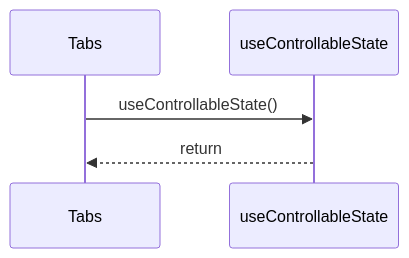
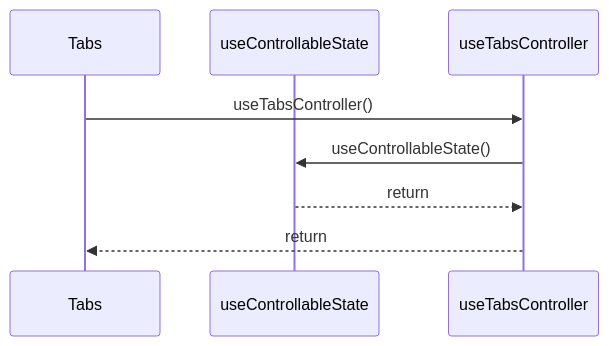
One commit to ankhorage/surface changed the diagram in paradox/diagrams/sequences/tabs.mmd. Above: the diagram before and after it, drawn with Mermaid. The commit also changed 48 other files, not shown here.

```diff
--- a/paradox/diagrams/sequences/tabs.mmd
+++ b/paradox/diagrams/sequences/tabs.mmd
@@ -1,5 +1,8 @@
 sequenceDiagram
   participant participant_Tabs as Tabs
   participant participant_useControllableState as useControllableState
-  participant_Tabs->>participant_useControllableState: useControllableState()
-  participant_useControllableState-->>participant_Tabs: return
+  participant participant_useTabsController as useTabsController
+  participant_Tabs->>participant_useTabsController: useTabsController()
+  participant_useTabsController->>participant_useControllableState: useControllableState()
+  participant_useControllableState-->>participant_useTabsController: return
+  participant_useTabsController-->>participant_Tabs: return
```
